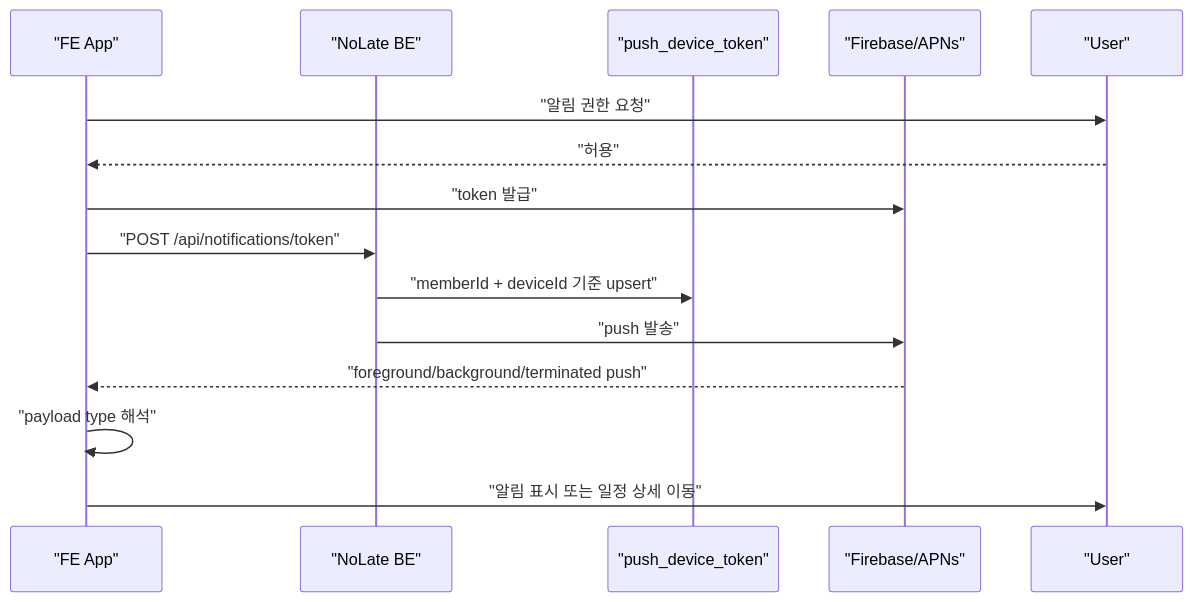
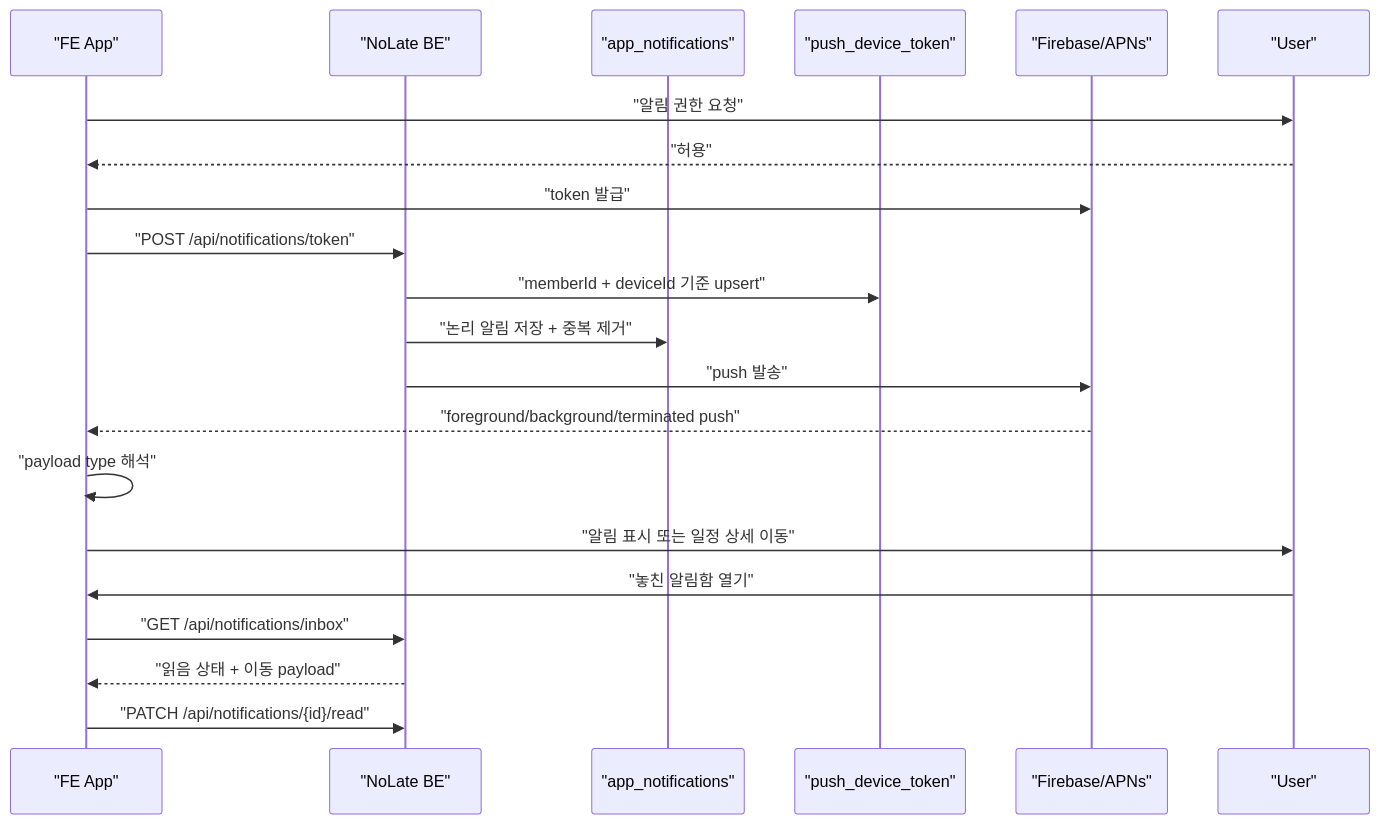
The diagram in docs/notification/notification-fcm-app-push-roadmap.md (NoLate-Project/NoLate_BE), drawn with Mermaid before and after one commit. The commit also changed other lines of this file and 36 other files, not shown here.

Commit message:
feat: add app inbox and departure notifications

````diff
--- a/docs/notification/notification-fcm-app-push-roadmap.md
+++ b/docs/notification/notification-fcm-app-push-roadmap.md
@@ -92,18 +145,24 @@
 ```mermaid
 sequenceDiagram
   participant App as "FE App"
   participant BE as "NoLate BE"
+  participant Inbox as "app_notifications"
   participant Store as "push_device_token"
   participant FCM as "Firebase/APNs"
   participant User as "User"
 
   App->>User: "알림 권한 요청"
   User-->>App: "허용"
   App->>FCM: "token 발급"
   App->>BE: "POST /api/notifications/token"
   BE->>Store: "memberId + deviceId 기준 upsert"
+  BE->>Inbox: "논리 알림 저장 + 중복 제거"
   BE->>FCM: "push 발송"
   FCM-->>App: "foreground/background/terminated push"
   App->>App: "payload type 해석"
   App->>User: "알림 표시 또는 일정 상세 이동"
+  User->>App: "놓친 알림함 열기"
+  App->>BE: "GET /api/notifications/inbox"
+  BE-->>App: "읽음 상태 + 이동 payload"
+  App->>BE: "PATCH /api/notifications/{id}/read"
 ```
````
